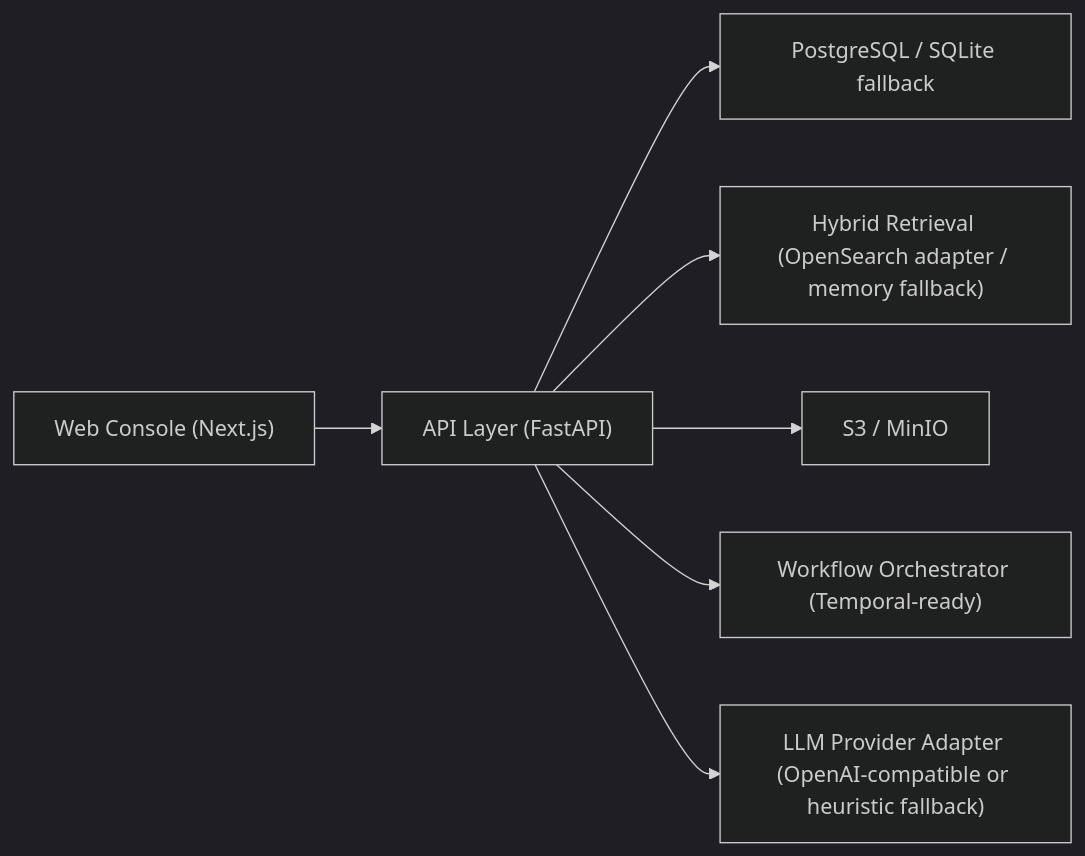
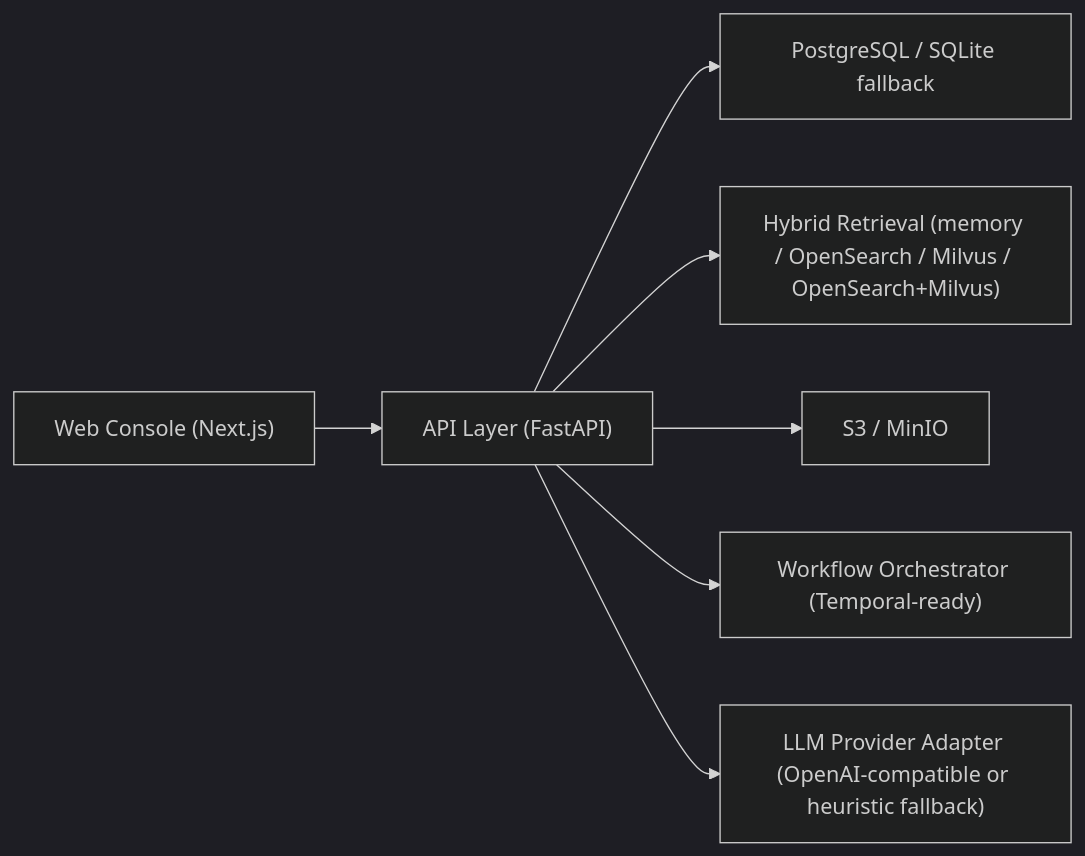
Before and after one commit to superkit01/rag: the diagram in README.md, drawn with Mermaid (dark theme). The commit also changed other lines of this file and 4 other files, not shown here.

Commit message:
docs: document milvus retrieval backend

````diff
--- a/README.md
+++ b/README.md
@@ -7,9 +7,9 @@
 ```mermaid
 flowchart LR
     U["Web Console (Next.js)"] --> API["API Layer (FastAPI)"]
     API --> DB["PostgreSQL / SQLite fallback"]
-    API --> IDX["Hybrid Retrieval (OpenSearch adapter / memory fallback)"]
+    API --> IDX["Hybrid Retrieval (memory / OpenSearch / Milvus / OpenSearch+Milvus)"]
     API --> OBJ["S3 / MinIO"]
     API --> WF["Workflow Orchestrator (Temporal-ready)"]
     API --> LLM["LLM Provider Adapter (OpenAI-compatible or heuristic fallback)"]
 ```
````
